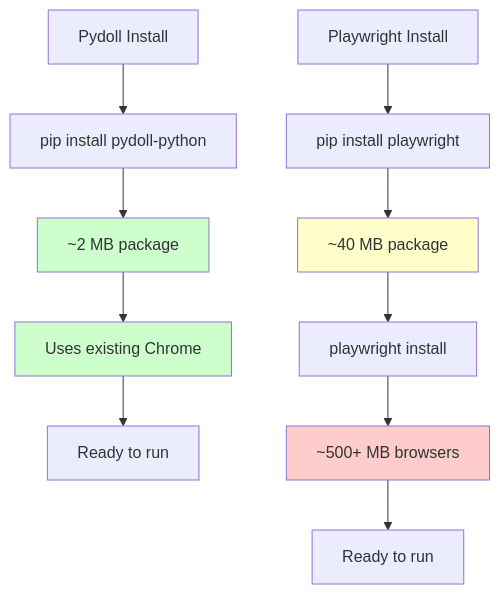
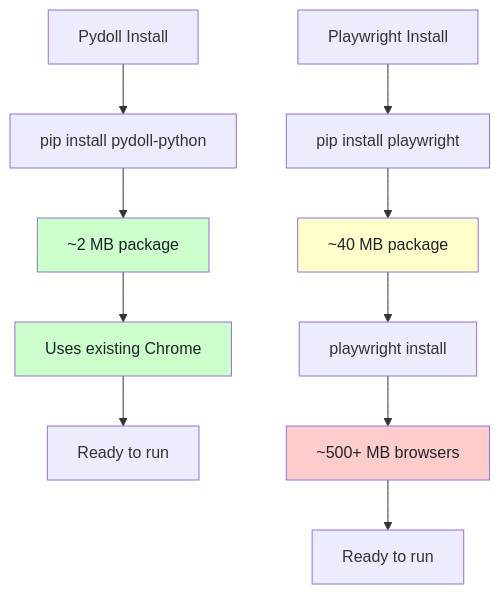
One commit to bytetunnels/bytetunnels.github.com changed the third of 3 diagrams in _posts/2026-02-15-pydoll-vs-playwright-lightweight-python-browser-control.md. Above: the diagram before and after it, drawn with Mermaid. The commit also changed other lines of this file and 118 other files, not shown here.

Commit message:
feat: improve diagram styling and compact wide flowcharts

````diff
--- a/_posts/2026-02-15-pydoll-vs-playwright-lightweight-python-browser-control.md
+++ b/_posts/2026-02-15-pydoll-vs-playwright-lightweight-python-browser-control.md
@@ -389,18 +391,18 @@
 ```mermaid
 graph TD
     A["Pydoll Install"] --> B["pip install pydoll-python"]
     B --> C["~2 MB package"]
     C --> D["Uses existing Chrome"]
     D --> E["Ready to run"]
 
     F["Playwright Install"] --> G["pip install playwright"]
     G --> H["~40 MB package"]
     H --> I["playwright install"]
     I --> J["~500+ MB browsers"]
     J --> K["Ready to run"]
 
-    style C fill:#ccffcc
-    style D fill:#ccffcc
-    style H fill:#ffffcc
-    style J fill:#ffcccc
+    style C fill:#ccffcc,color:#1f2328
+    style D fill:#ccffcc,color:#1f2328
+    style H fill:#ffffcc,color:#1f2328
+    style J fill:#ffcccc,color:#1f2328
 ```
````
